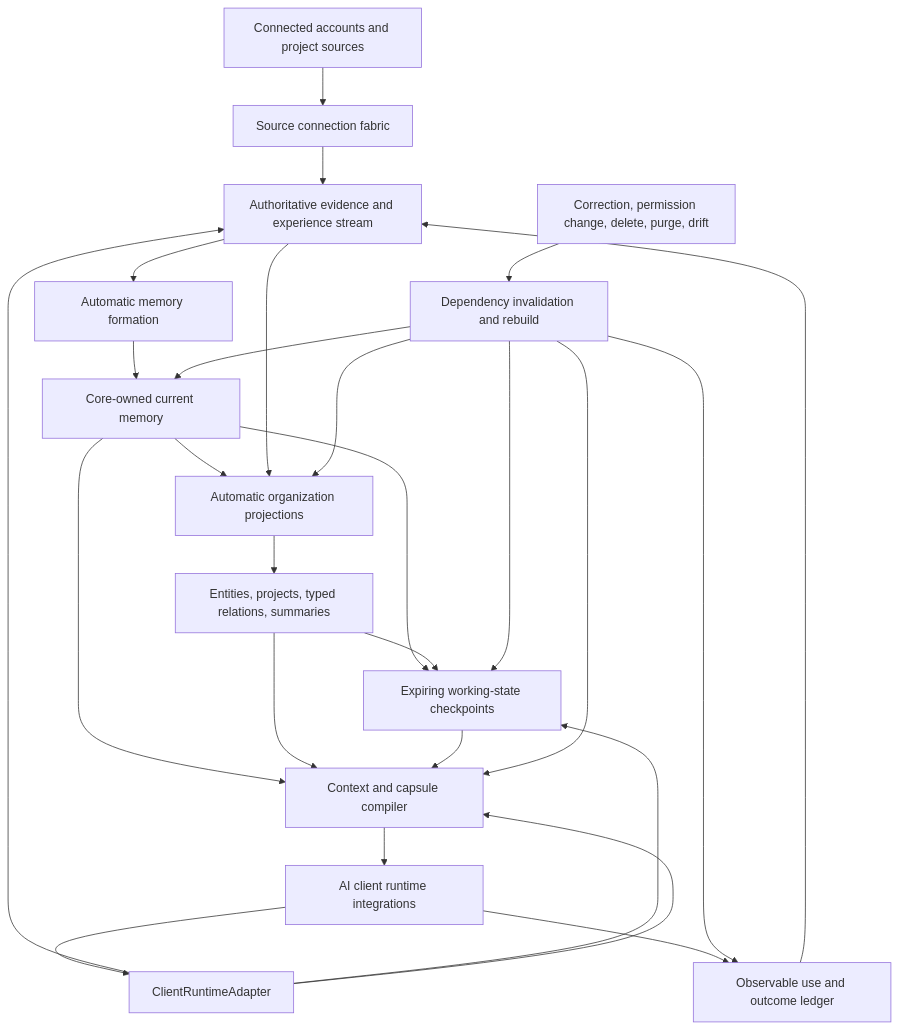
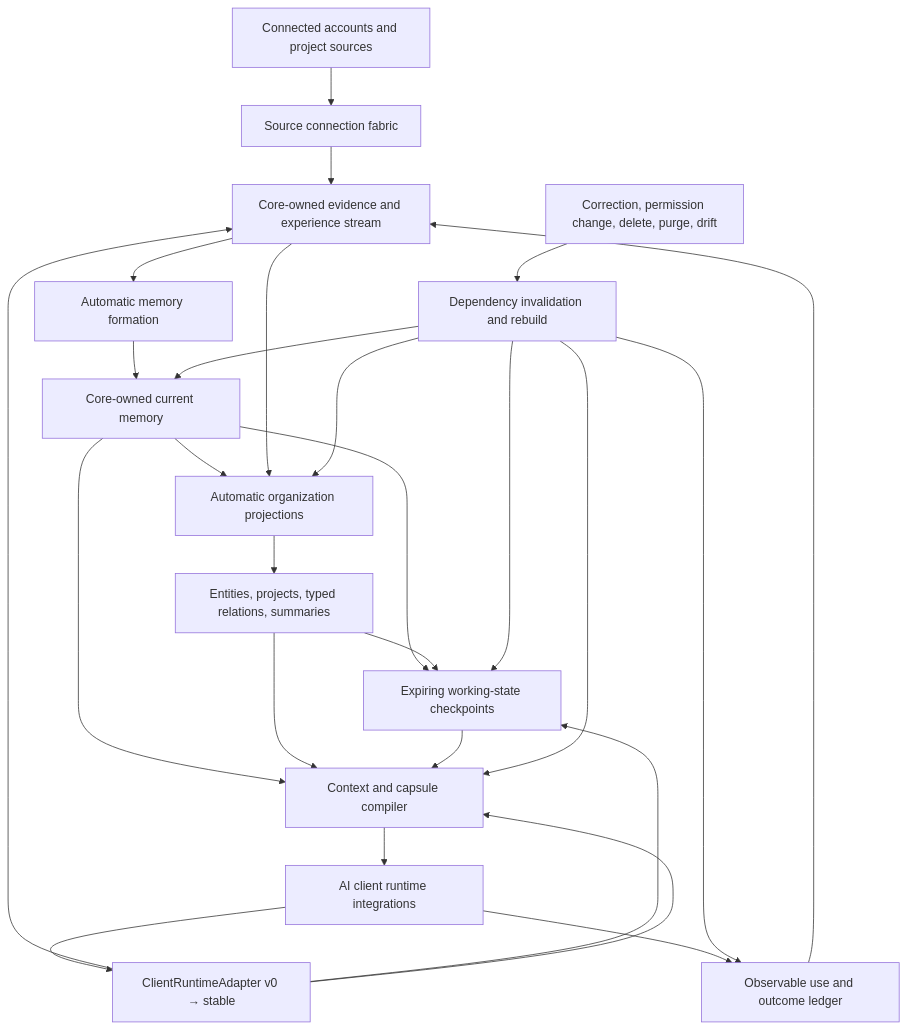
Before and after one commit to Martian-ux/All-The-Context: the diagram in docs/product/ZERO_FRICTION_PLATFORM.md, drawn with Mermaid. The commit also changed other lines of this file, not shown here.

````diff
--- a/docs/product/ZERO_FRICTION_PLATFORM.md
+++ b/docs/product/ZERO_FRICTION_PLATFORM.md
@@ -149,35 +192,35 @@
 ```mermaid
 flowchart TD
   Accounts["Connected accounts and project sources"] --> Connectors["Source connection fabric"]
-  Clients["AI client runtime integrations"] --> Runtime["ClientRuntimeAdapter"]
+  Clients["AI client runtime integrations"] --> Runtime["ClientRuntimeAdapter v0 → stable"]
 
-  Connectors --> Events["Authoritative evidence and experience stream"]
+  Connectors --> Events["Core-owned evidence and experience stream"]
   Runtime --> Events
 
   Events --> Formation["Automatic memory formation"]
   Formation --> Core["Core-owned current memory"]
 
   Core --> Organization["Automatic organization projections"]
   Events --> Organization
   Organization --> Projects["Entities, projects, typed relations, summaries"]
 
   Runtime --> Working["Expiring working-state checkpoints"]
   Core --> Working
   Projects --> Working
 
   Runtime --> Compiler["Context and capsule compiler"]
   Core --> Compiler
   Projects --> Compiler
   Working --> Compiler
   Compiler --> Clients
 
   Clients --> Outcomes["Observable use and outcome ledger"]
   Outcomes --> Events
 
   Change["Correction, permission change, delete, purge, drift"] --> Closure["Dependency invalidation and rebuild"]
   Closure --> Core
   Closure --> Organization
   Closure --> Working
   Closure --> Compiler
   Closure --> Outcomes
 ```
````
